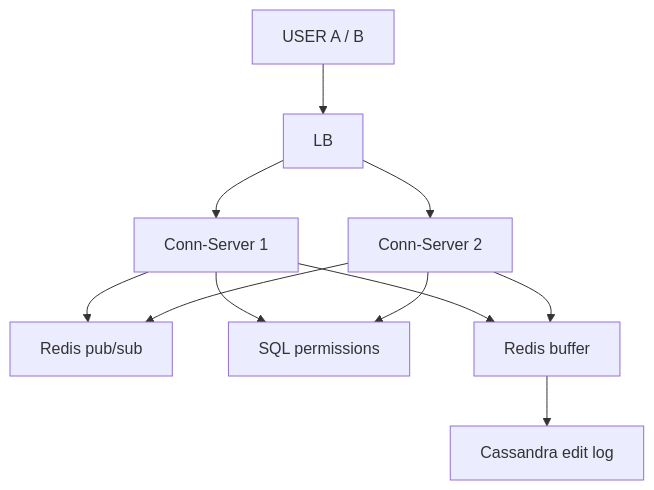
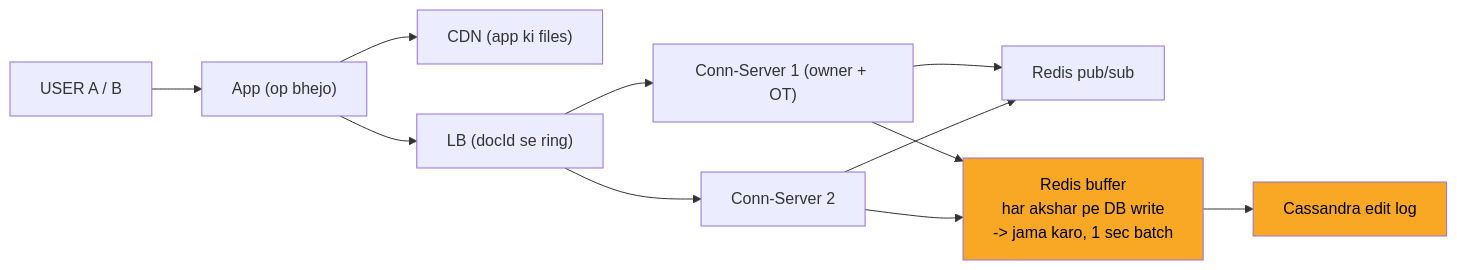
One commit to ArpanMaheshwari144/Prep changed the seventh of 10 diagrams in 04_HLD/SYSTEM_DESIGNS/11_google_docs_collab/11_google_docs_collab.md. Above: the diagram before and after it, drawn with Mermaid. The commit also changed other lines of this file and 2 other files, not shown here.

Commit message:
docs, kafka, banking: one-day story, short cards, follow-ups with rules, highlighted diagrams

````diff
--- a/04_HLD/SYSTEM_DESIGNS/11_google_docs_collab/11_google_docs_collab.md
+++ b/04_HLD/SYSTEM_DESIGNS/11_google_docs_collab/11_google_docs_collab.md
@@ -273,21 +232,24 @@
 ```mermaid
-flowchart TD
-    n_USER_A_B["USER A / B"]
-    n_LB["LB"]
-    n_Conn_Server_x_N_1["Conn-Server 1"]
-    n_Conn_Server_x_N_2["Conn-Server 2"]
-    n_Redis_pub_sub["Redis pub/sub"]
-    n_SQL_permissions["SQL permissions"]
-    n_Redis_buffer["Redis buffer"]
-    n_Cassandra_edit_log["Cassandra edit log"]
-    n_USER_A_B --> n_LB
-    n_LB --> n_Conn_Server_x_N_1
-    n_LB --> n_Conn_Server_x_N_2
-    n_Conn_Server_x_N_1 --> n_Redis_pub_sub
-    n_Conn_Server_x_N_2 --> n_Redis_pub_sub
-    n_Conn_Server_x_N_1 --> n_Redis_buffer
-    n_Conn_Server_x_N_2 --> n_Redis_buffer
-    n_Conn_Server_x_N_1 --> n_SQL_permissions
-    n_Conn_Server_x_N_2 --> n_SQL_permissions
-    n_Redis_buffer --> n_Cassandra_edit_log
+flowchart LR
+    n_USER["USER A / B"]
+    n_App["App (op bhejo)"]
+    n_CDN["CDN (app ki files)"]
+    n_LB["LB (docId se ring)"]
+    n_CS1["Conn-Server 1 (owner + OT)"]
+    n_CS2["Conn-Server 2"]
+    n_PS["Redis pub/sub"]
+    n_BUF["Redis buffer<br/>har akshar pe DB write<br/>-> jama karo, 1 sec batch"]
+    n_CAS["Cassandra edit log"]
+    n_USER --> n_App
+    n_App --> n_CDN
+    n_App --> n_LB
+    n_LB --> n_CS1
+    n_LB --> n_CS2
+    n_CS1 --> n_PS
+    n_CS2 --> n_PS
+    n_CS1 --> n_BUF
+    n_CS2 --> n_BUF
+    n_BUF --> n_CAS
+    style n_BUF fill:#f9a825,color:#000
+    style n_CAS fill:#f9a825,color:#000
 ```
````
